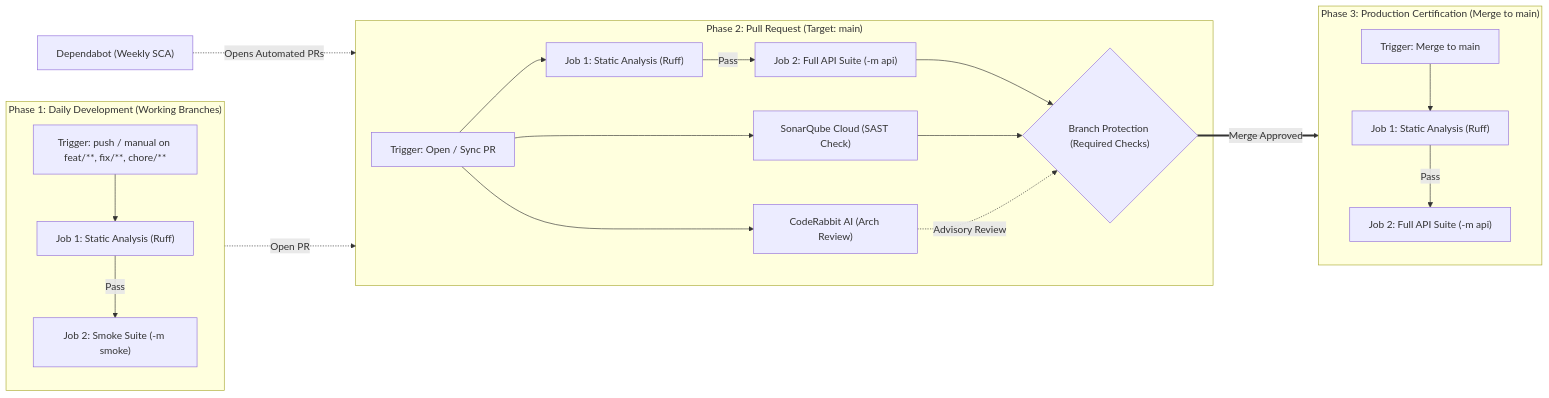
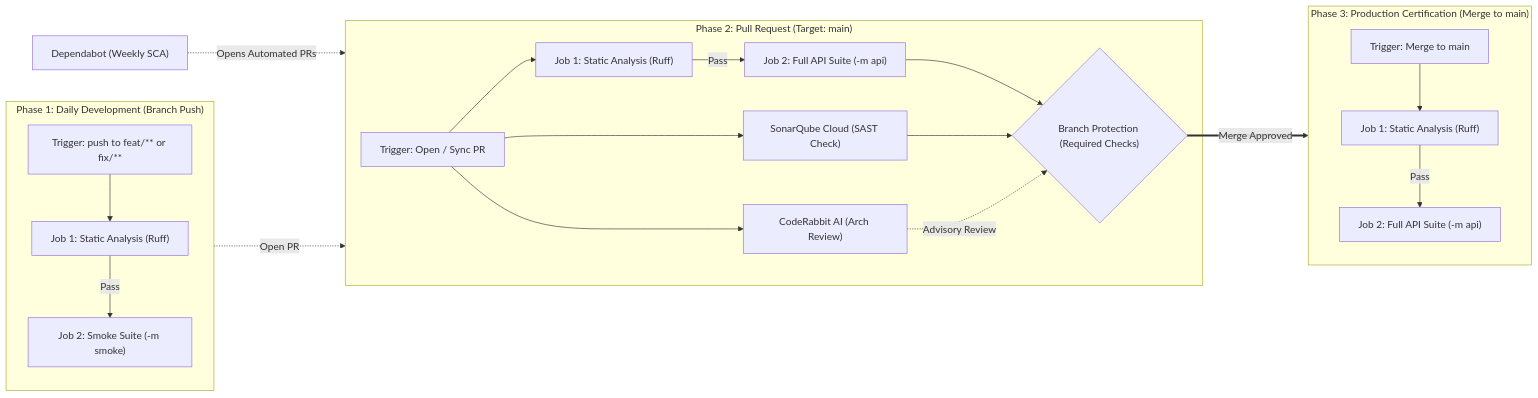
The third of 3 diagrams in README.md (rwarthon/selenium-python-framework), drawn with Mermaid before and after one commit.

Commit message:
docs(readme): restore exact Phase 1 branch push trigger in CI diagram

````diff
--- a/README.md
+++ b/README.md
@@ -105,25 +105,25 @@
 ```mermaid
 graph LR
-    subgraph Phase_1 ["Phase 1: Daily Development (Working Branches)"]
-        P1_Trig["Trigger: push / manual on feat/**, fix/**, chore/**"] --> P1_J1["Job 1: Static Analysis (Ruff)"]
+    subgraph Phase_1 ["Phase 1: Daily Development (Branch Push)"]
+        P1_Trig["Trigger: push to feat/** or fix/**"] --> P1_J1["Job 1: Static Analysis (Ruff)"]
         P1_J1 -->|Pass| P1_J2["Job 2: Smoke Suite (-m smoke)"]
     end
 
     subgraph Phase_2 ["Phase 2: Pull Request (Target: main)"]
         P2_Trig["Trigger: Open / Sync PR"] --> P2_J1["Job 1: Static Analysis (Ruff)"]
         P2_J1 -->|Pass| P2_J2["Job 2: Full API Suite (-m api)"]
         P2_Trig --> P2_Sonar["SonarQube Cloud (SAST Check)"]
         P2_Trig --> P2_CR["CodeRabbit AI (Arch Review)"]
         P2_J2 & P2_Sonar --> P2_Lock{"Branch Protection (Required Checks)"}
         P2_CR -.->|Advisory Review| P2_Lock
     end
 
     subgraph Phase_3 ["Phase 3: Production Certification (Merge to main)"]
         P3_Trig["Trigger: Merge to main"] --> P3_J1["Job 1: Static Analysis (Ruff)"]
         P3_J1 -->|Pass| P3_J2["Job 2: Full API Suite (-m api)"]
     end
 
     DEP["Dependabot (Weekly SCA)"] -.->|Opens Automated PRs| Phase_2
     Phase_1 -.->|Open PR| Phase_2
     P2_Lock ==>|Merge Approved| Phase_3
 ```
````
